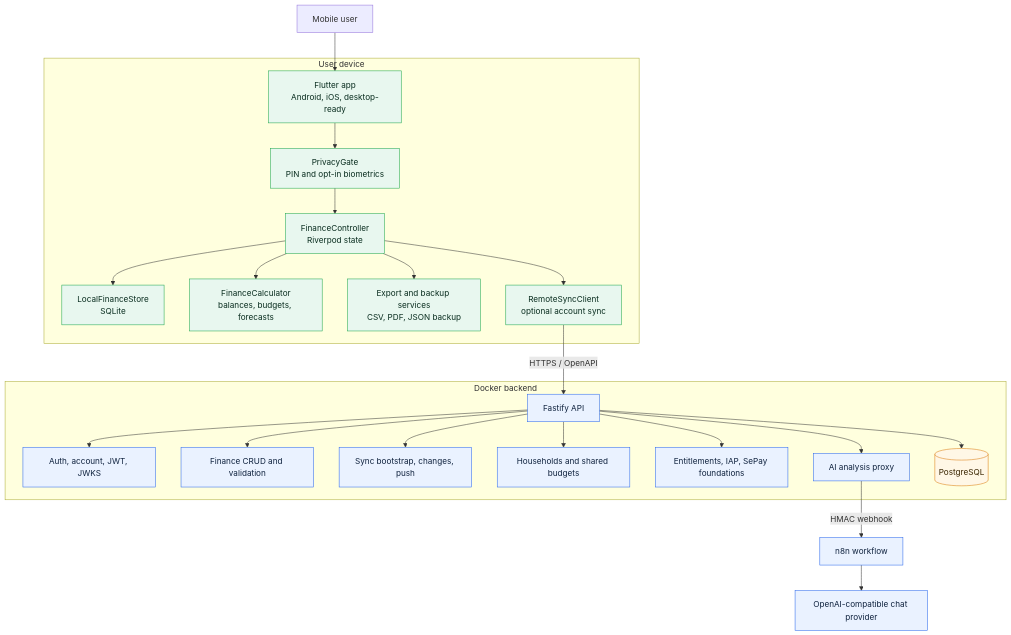
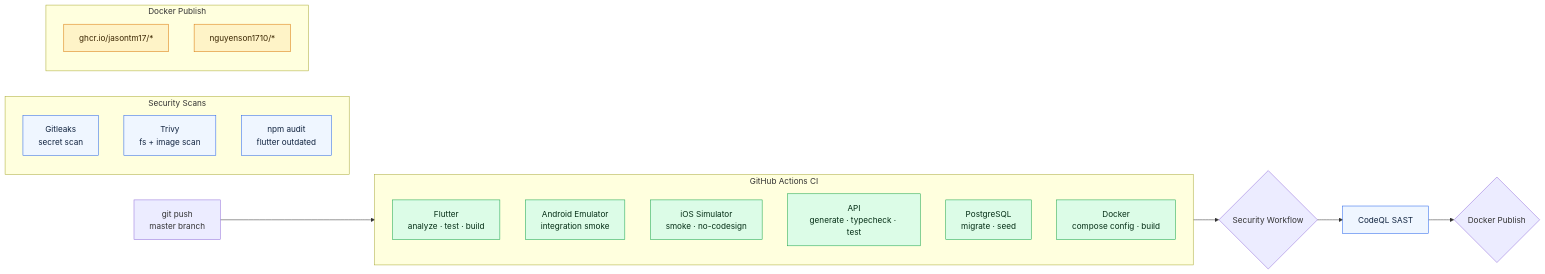
Before and after one commit to JasonTM17/Money_Management_App: the fifth of 6 diagrams in docs/system-diagrams.md, drawn with Mermaid. The commit also changed other lines of this file and 6 other files, not shown here.

First line of the commit message:
docs: complete documentation suite with C4 architecture diagrams

````diff
--- a/docs/system-diagrams.md
+++ b/docs/system-diagrams.md
@@ -7,35 +214,35 @@
 ```mermaid
-flowchart TB
-    User["Mobile user"] --> App["Flutter app<br/>Android, iOS, desktop-ready"]
+flowchart LR
+    Push["git push<br/>master branch"] --> CI{CI Workflow}
 
-    subgraph Device["User device"]
-        App --> Gate["PrivacyGate<br/>PIN and opt-in biometrics"]
-        Gate --> Controller["FinanceController<br/>Riverpod state"]
-        Controller --> Store["LocalFinanceStore<br/>SQLite"]
-        Controller --> Calculator["FinanceCalculator<br/>balances, budgets, forecasts"]
-        Controller --> Exporter["Export and backup services<br/>CSV, PDF, JSON backup"]
-        Controller --> SyncClient["RemoteSyncClient<br/>optional account sync"]
+    subgraph CI["GitHub Actions CI"]
+        Flutter["Flutter<br/>analyze · test · build"]
+        Android["Android Emulator<br/>integration smoke"]
+        iOS["iOS Simulator<br/>smoke · no-codesign"]
+        API_CI["API<br/>generate · typecheck · test"]
+        PG["PostgreSQL<br/>migrate · seed"]
+        Docker["Docker<br/>compose config · build"]
     end
 
-    SyncClient -->|"HTTPS / OpenAPI"| Api["Fastify API"]
-
-    subgraph Backend["Docker backend"]
-        Api --> Auth["Auth, account, JWT, JWKS"]
-        Api --> Finance["Finance CRUD and validation"]
-        Api --> Sync["Sync bootstrap, changes, push"]
-        Api --> Households["Households and shared budgets"]
-        Api --> Entitlements["Entitlements, IAP, SePay foundations"]
-        Api --> AiProxy["AI analysis proxy"]
-        Api --> Pg[("PostgreSQL")]
+    CI --> Security{Security Workflow}
+    subgraph Security2["Security Scans"]
+        Gitleaks["Gitleaks<br/>secret scan"]
+        Trivy["Trivy<br/>fs + image scan"]
+        Audit["npm audit<br/>flutter outdated"]
     end
 
-    AiProxy -->|"HMAC webhook"| N8N["n8n workflow"]
-    N8N --> Provider["OpenAI-compatible chat provider"]
+    Security --> CodeQL[CodeQL SAST]
 
-    classDef mobile fill:#E8F7EF,stroke:#16A34A,color:#092D1F;
-    classDef backend fill:#EAF2FF,stroke:#2563EB,color:#10233F;
-    classDef data fill:#FFF7E6,stroke:#D97706,color:#3A2500;
-    class App,Gate,Controller,Store,Calculator,Exporter,SyncClient mobile;
-    class Api,Auth,Finance,Sync,Households,Entitlements,AiProxy,N8N,Provider backend;
-    class Pg data;
+    CodeQL --> Publish{Docker Publish}
+    subgraph Publish2["Docker Publish"]
+        GHCR["ghcr.io/jasontm17/*"]
+        DH["nguyenson1710/*"]
+    end
+
+    classDef pass fill:#DCFCE7,stroke:#16A34A,color:#052E16;
+    classDef scan fill:#EFF6FF,stroke:#2563EB,color:#10233F;
+    classDef publish fill:#FEF3C7,stroke:#D97706,color:#3A2500;
+    class Flutter,Android,iOS,API_CI,PG,Docker pass;
+    class Gitleaks,Trivy,Audit,CodeQL scan;
+    class GHCR,DH publish;
 ```
````
